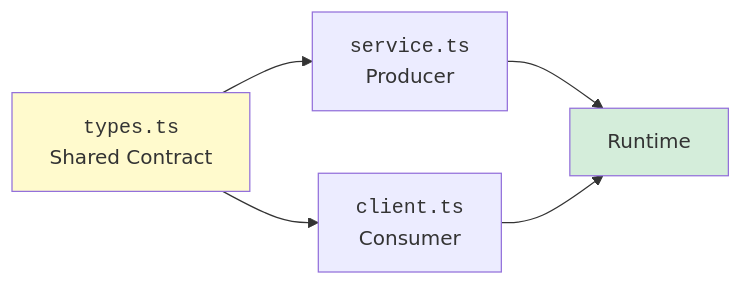
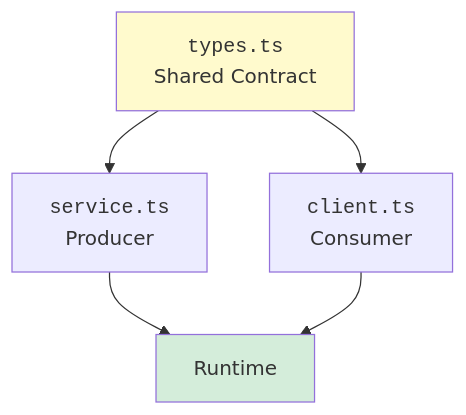
One commit to dataslope/dataslope changed the first of 2 diagrams in content/learn/typescript-from-scratch/api-modeling-and-contracts.mdx. Above: the diagram before and after it, drawn with Mermaid. The commit also changed 245 other files, not shown here.

First line of the commit message:
Convert long horizontal mermaid diagrams to vertical layout

````diff
--- a/content/learn/typescript-from-scratch/api-modeling-and-contracts.mdx
+++ b/content/learn/typescript-from-scratch/api-modeling-and-contracts.mdx
@@ -165,9 +165,9 @@
 ```mermaid
-graph LR
+graph TD
     A["<code>types.ts</code><br/>Shared Contract"] --> B["<code>service.ts</code><br/>Producer"]
     A --> C["<code>client.ts</code><br/>Consumer"]
     B --> D[Runtime]
     C --> D
     style A fill:#fffacd
     style D fill:#d4edda
 ```
````
